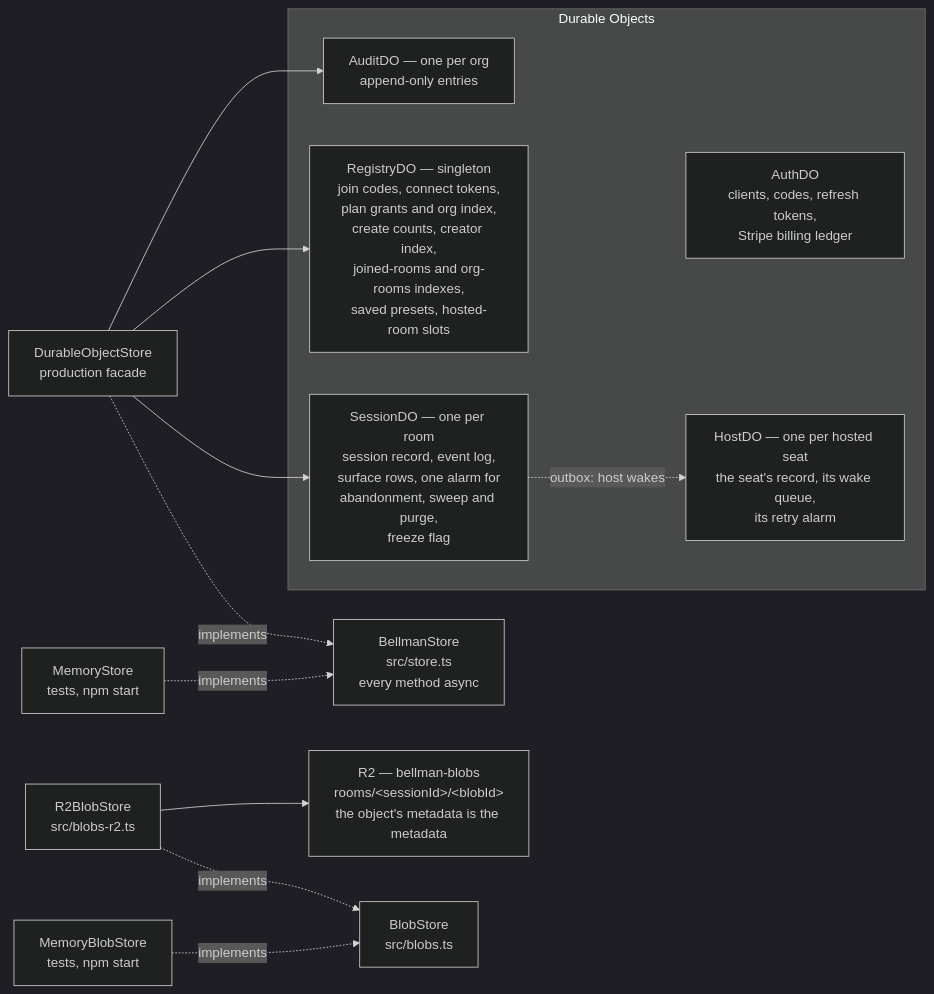
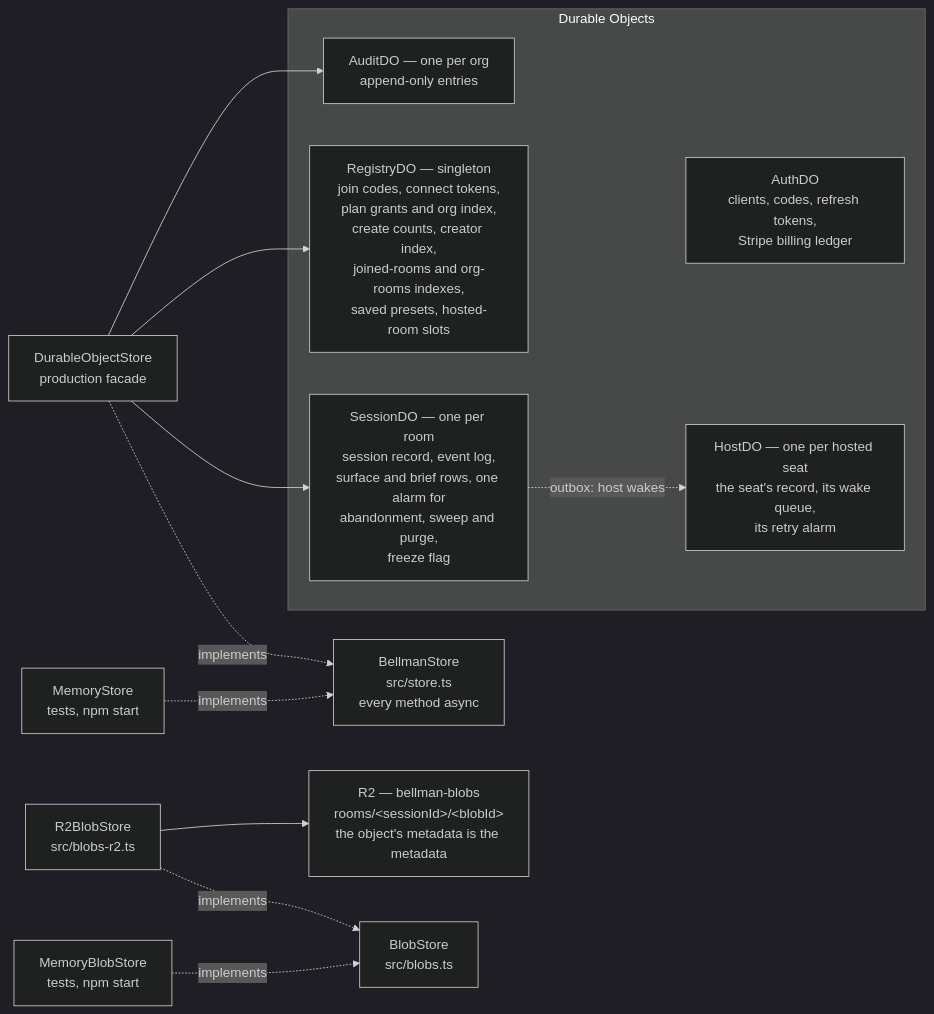
Before and after one commit to bellman-sh/bellman: the fourth of 7 diagrams in docs/ARCHITECTURE.md, drawn with Mermaid (dark theme). The commit also changed other lines of this file and 26 other files, not shown here.

First line of the commit message:
Briefs live in rows of their own, and a room seats 1,000

````diff
--- a/docs/ARCHITECTURE.md
+++ b/docs/ARCHITECTURE.md
@@ -438,26 +438,26 @@
 ```mermaid
 flowchart LR
     BS["BellmanStore<br/>src/store.ts<br/>every method async"]
     MEM["MemoryStore<br/>tests, npm start"] -.implements.-> BS
     DOS["DurableObjectStore<br/>production facade"] -.implements.-> BS
 
     DOS --> SDO
     DOS --> RDO
     DOS --> ADO
 
     subgraph objects["Durable Objects"]
-        SDO["SessionDO — one per room<br/>session record, event log,<br/>surface rows, one alarm for<br/>abandonment, sweep and purge,<br/>freeze flag"]
+        SDO["SessionDO — one per room<br/>session record, event log,<br/>surface and brief rows, one alarm for<br/>abandonment, sweep and purge,<br/>freeze flag"]
         RDO["RegistryDO — singleton<br/>join codes, connect tokens,<br/>plan grants and org index,<br/>create counts, creator index,<br/>joined-rooms and org-rooms indexes,<br/>saved presets, hosted-room slots"]
         ADO["AuditDO — one per org<br/>append-only entries"]
         AUTH["AuthDO<br/>clients, codes, refresh tokens,<br/>Stripe billing ledger"]
         HDO["HostDO — one per hosted seat<br/>the seat's record, its wake queue,<br/>its retry alarm"]
     end
 
     SDO -.->|"outbox: host wakes"| HDO
 
     BLOB["BlobStore<br/>src/blobs.ts"]
     R2["R2 — bellman-blobs<br/>rooms/&lt;sessionId&gt;/&lt;blobId&gt;<br/>the object's metadata is the metadata"]
     MEMB["MemoryBlobStore<br/>tests, npm start"] -.implements.-> BLOB
     R2S["R2BlobStore<br/>src/blobs-r2.ts"] -.implements.-> BLOB
     R2S --> R2
 ```
````
